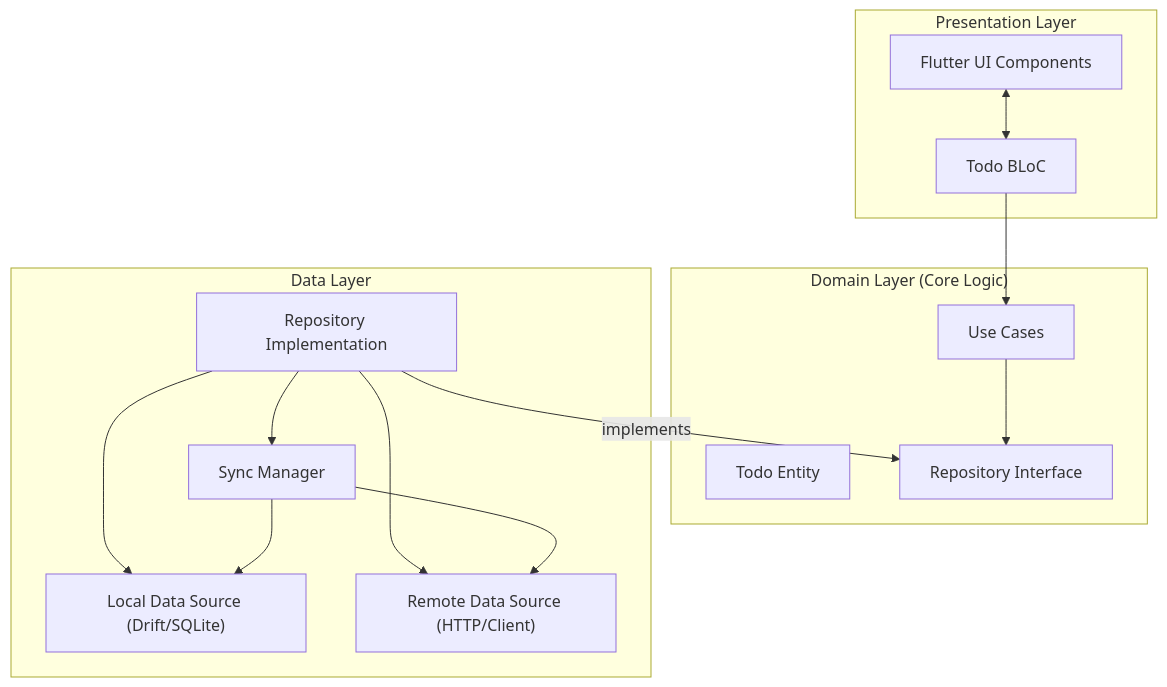
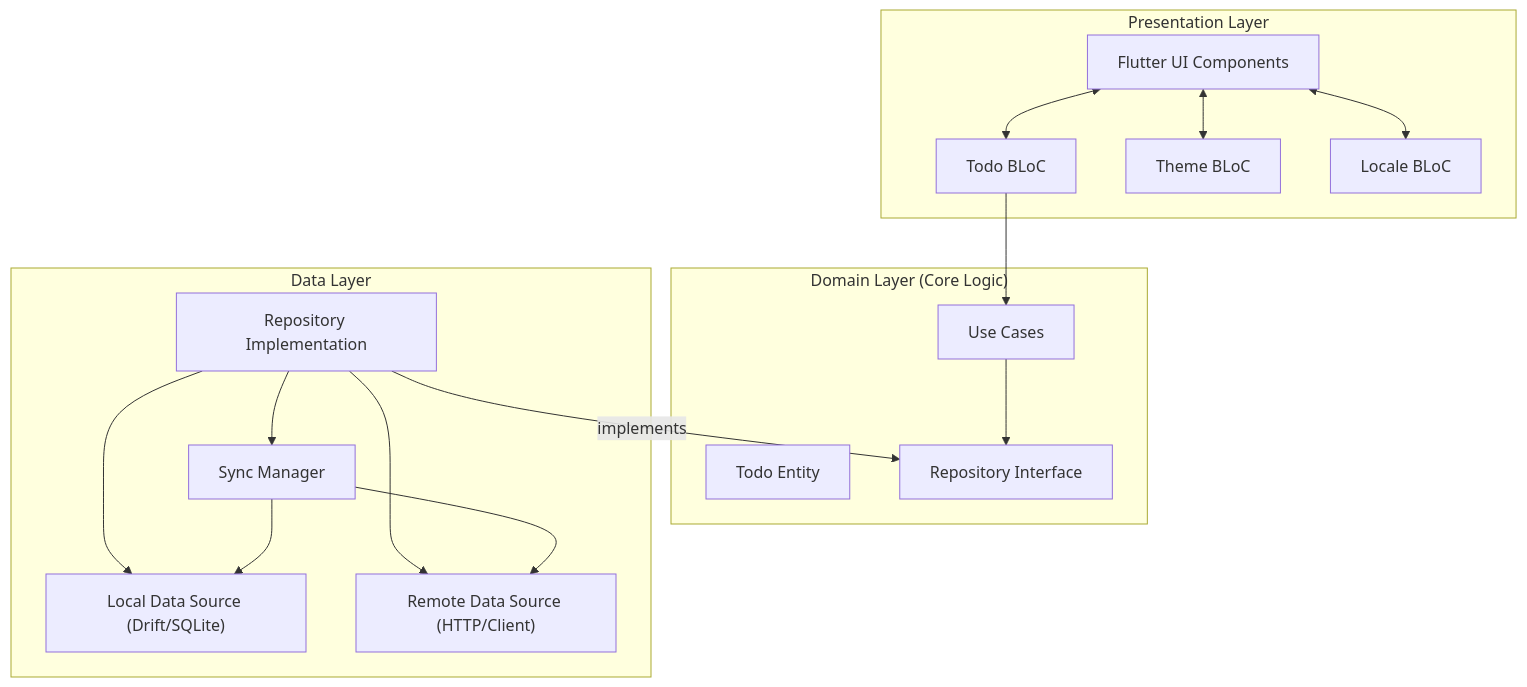
Before and after one commit to abhijain2472/todo-offline-first-app: the first of 2 diagrams in README.md, drawn with Mermaid. The commit also changed other lines of this file and 15 other files, not shown here.

````diff
--- a/README.md
+++ b/README.md
@@ -21,30 +22,34 @@
 ```mermaid
 graph TD
     subgraph "Presentation Layer"
         UI[Flutter UI Components]
-        Bloc[Todo BLoC]
+        TodoBloc[Todo BLoC]
+        ThemeBloc[Theme BLoC]
+        LocaleBloc[Locale BLoC]
     end
 
     subgraph "Domain Layer (Core Logic)"
         Entity[Todo Entity]
         UC[Use Cases]
         RepoInt[Repository Interface]
     end
 
     subgraph "Data Layer"
         RepoImpl[Repository Implementation]
         LDS["Local Data Source (Drift/SQLite)"]
         RDS["Remote Data Source (HTTP/Client)"]
         SyncMgr[Sync Manager]
     end
 
-    UI <--> Bloc
-    Bloc --> UC
+    UI <--> TodoBloc
+    UI <--> ThemeBloc
+    UI <--> LocaleBloc
+    TodoBloc --> UC
     UC --> RepoInt
     RepoImpl -- implements --> RepoInt
     RepoImpl --> LDS
     RepoImpl --> RDS
     RepoImpl --> SyncMgr
     SyncMgr --> LDS
     SyncMgr --> RDS
 ```
````
